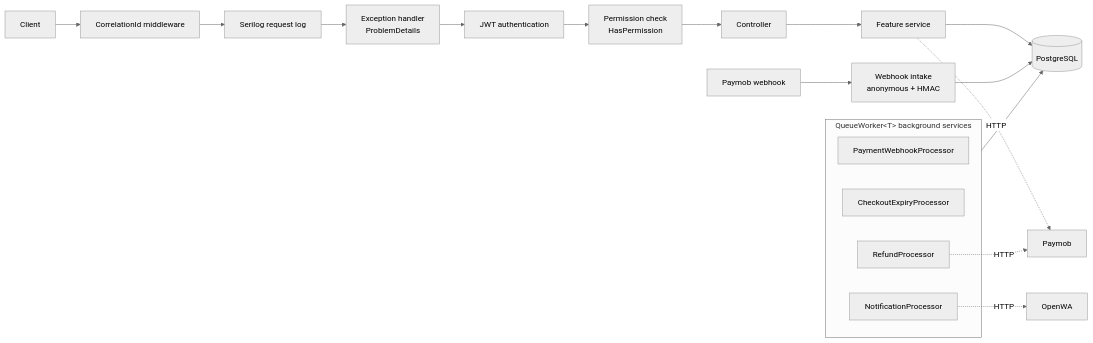
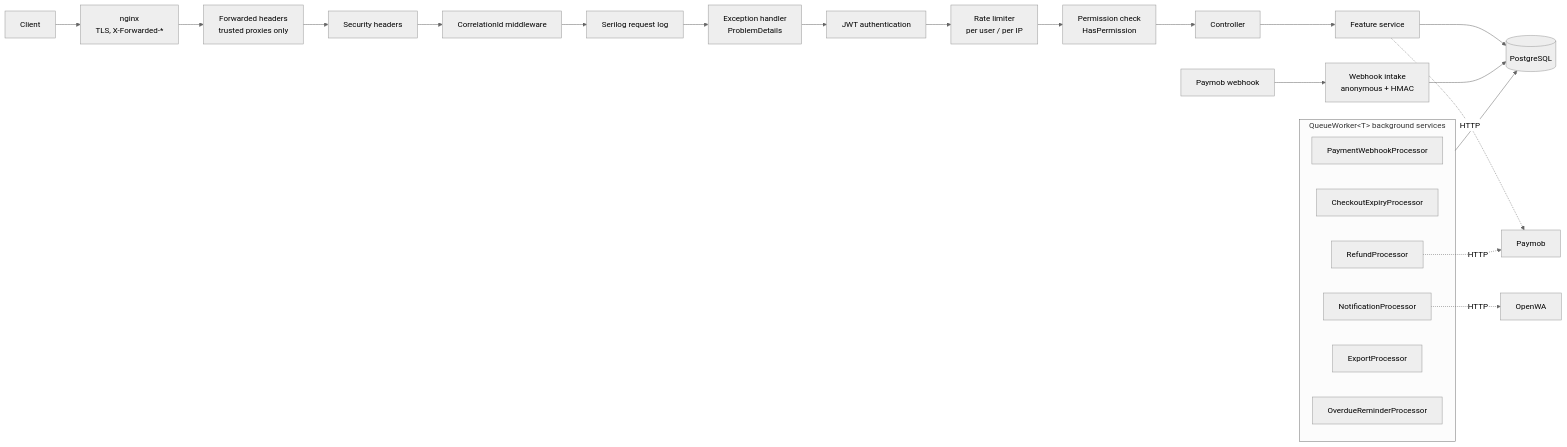
Before and after one commit to elsayedmohy/Erp.Api: the first of 12 diagrams in README.md, drawn with Mermaid (neutral theme). The commit also changed other lines of this file, not shown here.

````diff
--- a/README.md
+++ b/README.md
@@ -152,23 +179,29 @@
 ```mermaid
 flowchart LR
-    C[Client] --> CID[CorrelationId middleware]
+    C[Client] --> NG[nginx<br/>TLS, X-Forwarded-*]
+    NG --> FWD[Forwarded headers<br/>trusted proxies only]
+    FWD --> SEC[Security headers]
+    SEC --> CID[CorrelationId middleware]
     CID --> LOG[Serilog request log]
     LOG --> EX[Exception handler<br/>ProblemDetails]
     EX --> AUTHN[JWT authentication]
-    AUTHN --> AUTHZ[Permission check<br/>HasPermission]
+    AUTHN --> RL[Rate limiter<br/>per user / per IP]
+    RL --> AUTHZ[Permission check<br/>HasPermission]
     AUTHZ --> CTRL[Controller]
     CTRL --> SVC[Feature service]
     SVC --> DB[(PostgreSQL)]
     SVC -. HTTP .-> PM[Paymob]
     WH[Paymob webhook] --> INTAKE[Webhook intake<br/>anonymous + HMAC]
     INTAKE --> DB
     subgraph Workers[QueueWorker&lt;T&gt; background services]
       W1[PaymentWebhookProcessor]
       W2[CheckoutExpiryProcessor]
       W3[RefundProcessor]
       W4[NotificationProcessor]
+      W5[ExportProcessor]
+      W6[OverdueReminderProcessor]
     end
     Workers --> DB
     W3 -. HTTP .-> PM
     W4 -. HTTP .-> WA[OpenWA]
 ```
````
